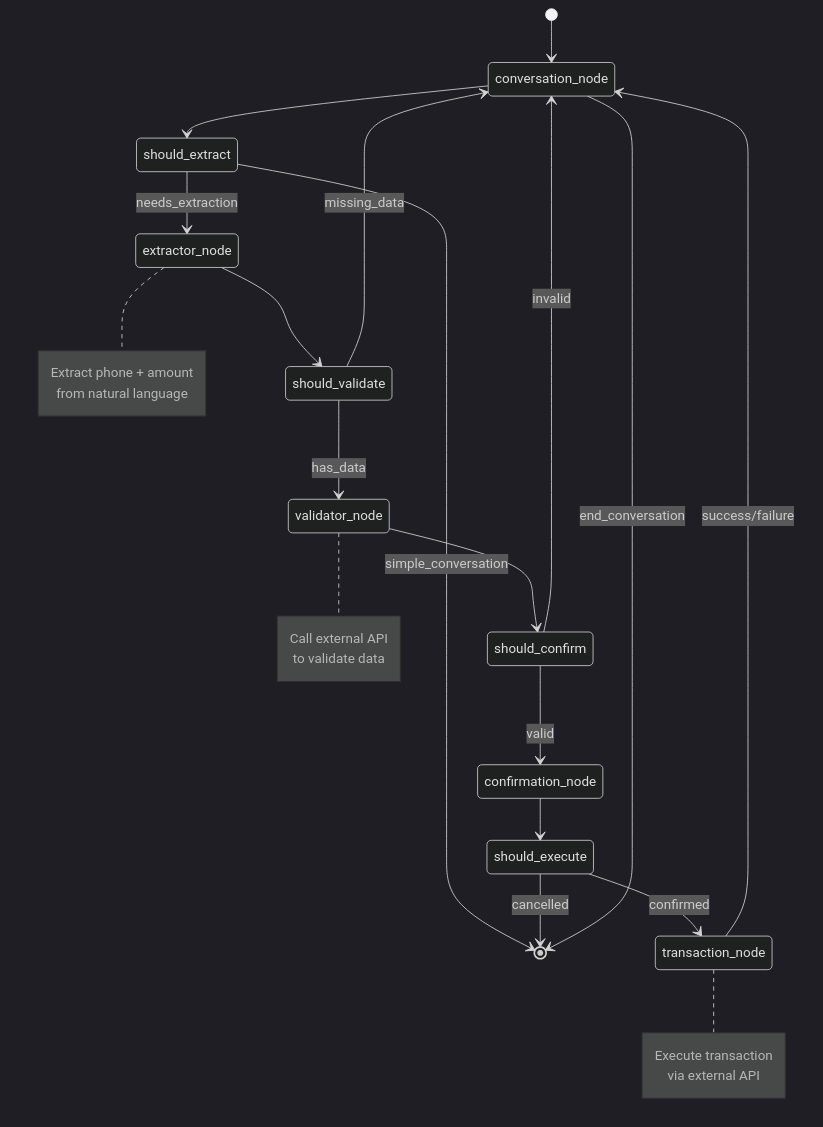
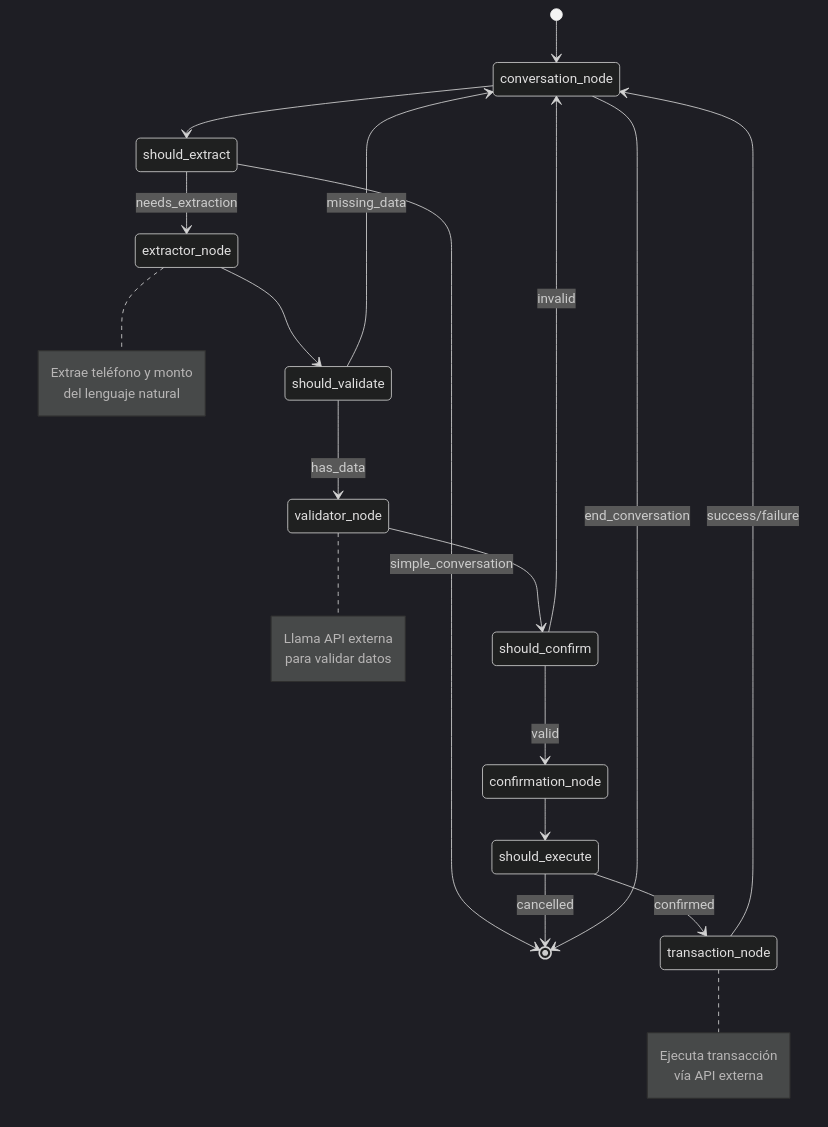
One commit to jhoninsuasti3/ai-transactional-agent-fastapi changed the second of 3 diagrams in docs/ARCHITECTURE.md. Above: the diagram before and after it, drawn with Mermaid (dark theme). The commit also changed other lines of this file, not shown here.

Commit message:
docs: Fixing language docs

````diff
--- a/docs/ARCHITECTURE.md
+++ b/docs/ARCHITECTURE.md
@@ -203,38 +203,38 @@
 ```mermaid
 stateDiagram-v2
     [*] --> conversation_node
 
     conversation_node --> should_extract
     should_extract --> extractor_node: needs_extraction
     should_extract --> [*]: simple_conversation
 
     extractor_node --> should_validate
     should_validate --> validator_node: has_data
     should_validate --> conversation_node: missing_data
 
     validator_node --> should_confirm
     should_confirm --> confirmation_node: valid
     should_confirm --> conversation_node: invalid
 
     confirmation_node --> should_execute
     should_execute --> transaction_node: confirmed
     should_execute --> [*]: cancelled
 
     transaction_node --> conversation_node: success/failure
     conversation_node --> [*]: end_conversation
 
     note right of extractor_node
-        Extract phone + amount
-        from natural language
+        Extrae teléfono y monto
+        del lenguaje natural
     end note
 
     note right of validator_node
-        Call external API
-        to validate data
+        Llama API externa
+        para validar datos
     end note
 
     note right of transaction_node
-        Execute transaction
-        via external API
+        Ejecuta transacción
+        vía API externa
     end note
 ```
````
